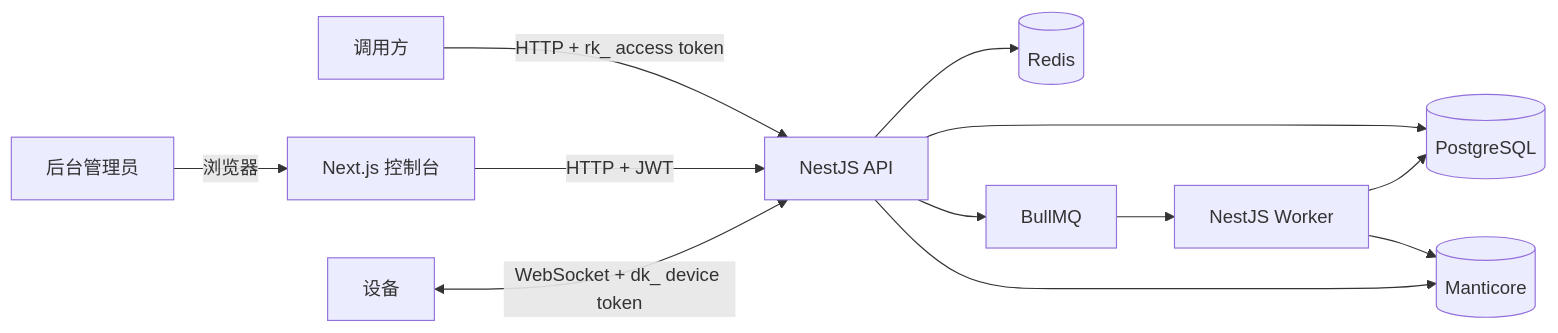
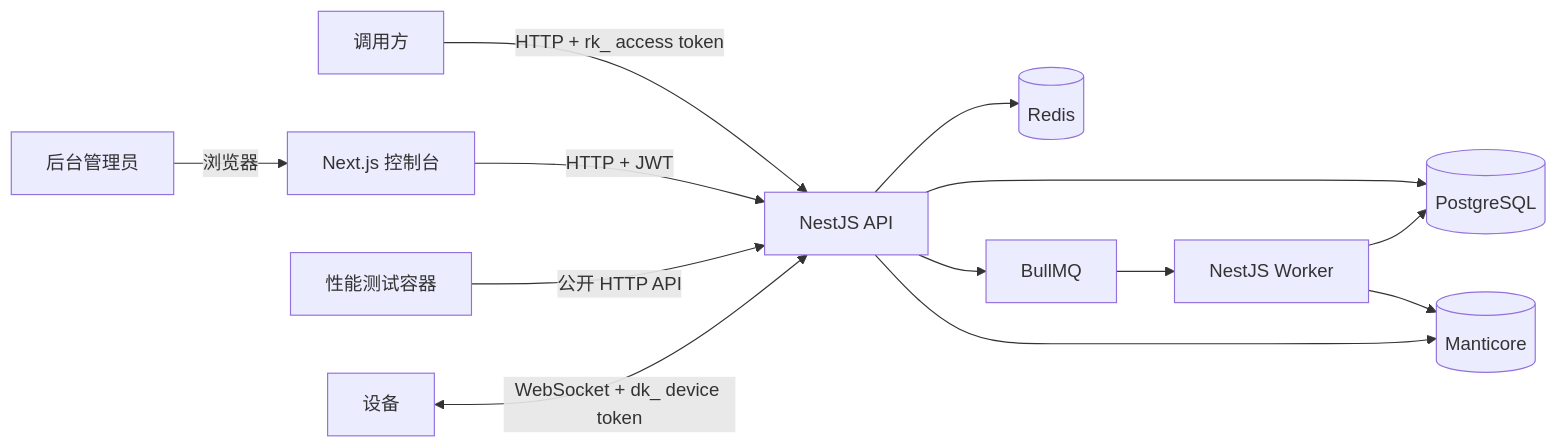
One commit to rezoch340/R2RPC changed the diagram in docs/项目总览-中文.md. Above: the diagram before and after it, drawn with Mermaid. The commit also changed other lines of this file and 27 other files, not shown here.

````diff
--- a/docs/项目总览-中文.md
+++ b/docs/项目总览-中文.md
@@ -35,14 +36,15 @@
 ```mermaid
 flowchart LR
   Caller["调用方"] -->|"HTTP + rk_ access token"| API["NestJS API"]
   Admin["后台管理员"] -->|"浏览器"| Frontend["Next.js 控制台"]
   Frontend -->|"HTTP + JWT"| API
+  Performance["性能测试容器"] -->|"公开 HTTP API"| API
   Device["设备"] <-->|"WebSocket + dk_ device token"| API
   API --> PG[("PostgreSQL")]
   API --> Redis[("Redis")]
   API --> Queue["BullMQ"]
   Queue --> Worker["NestJS Worker"]
   Worker --> PG
   Worker --> Search[("Manticore")]
   API --> Search
 ```
````
